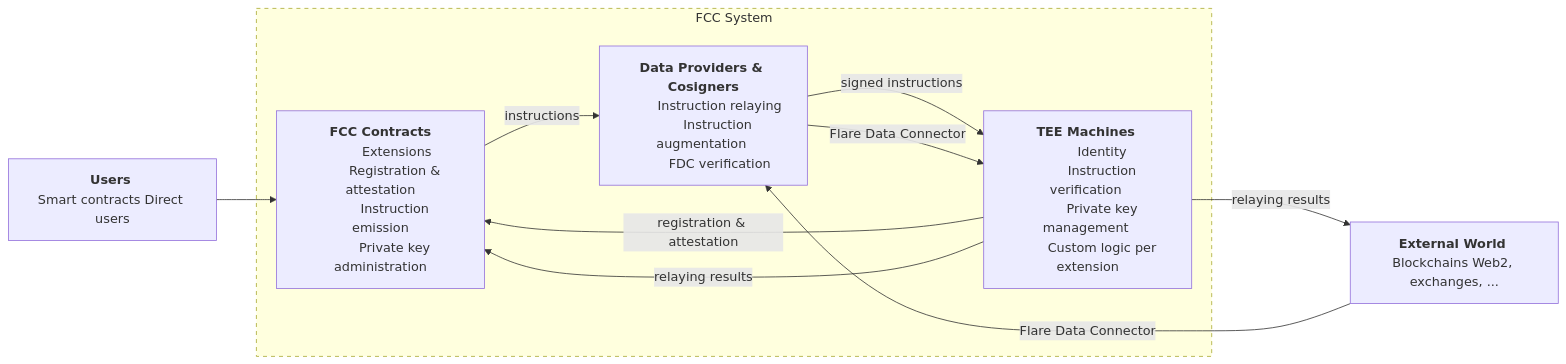
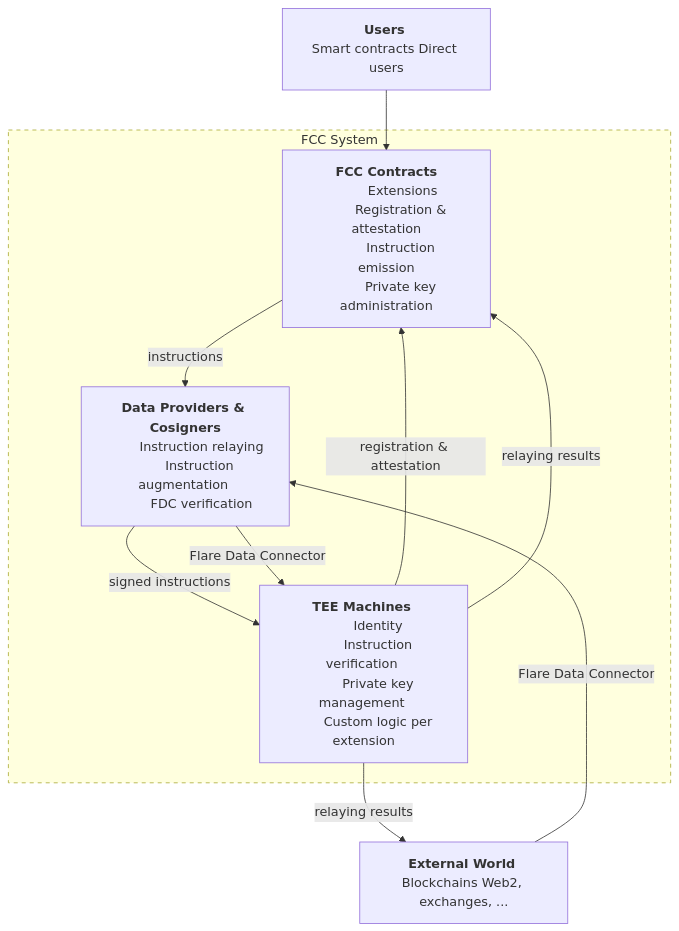
One commit to flare-foundation/developer-hub changed the first of 2 diagrams in docs/fcc/1-overview.mdx. Above: the diagram before and after it, drawn with Mermaid.

Commit message:
fix(docs): make FCC architecture diagram TB for readability

````diff
--- a/docs/fcc/1-overview.mdx
+++ b/docs/fcc/1-overview.mdx
@@ -45,31 +45,31 @@
 ```mermaid
-graph LR
+graph TB
 
     subgraph FCCSystem["FCC System"]
         FC["<b>FCC Contracts</b>
         Extensions
         Registration & attestation
         Instruction emission
         Private key administration"]
         DP["<b>Data Providers & Cosigners</b>
         Instruction relaying
         Instruction augmentation 
         FDC verification"]
         TEE["<b>TEE Machines</b> 
         Identity 
         Instruction verification 
         Private key management 
         Custom logic per extension"]
     end
 
     Users["<b>Users</b> <p>Smart contracts Direct users</p>"] --> FC
     EW["<b>External World</b> <p>Blockchains Web2, exchanges, ...</p>"] -- "Flare Data Connector" --> DP
     FC -- "instructions" --> DP
     DP -- "signed instructions" --> TEE
     TEE -- "registration & attestation" --> FC
     TEE -- "relaying results" --> FC
     DP -- "Flare Data Connector" --> TEE
     TEE -- "relaying results" --> EW
 
     style FCCSystem stroke-dasharray: 5 5
 ```
````
